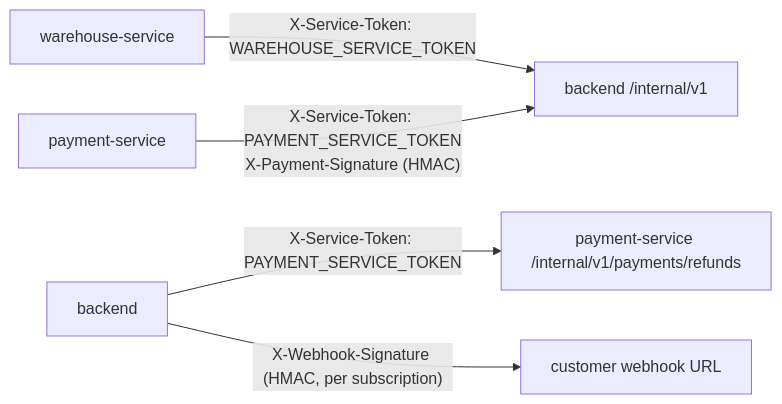
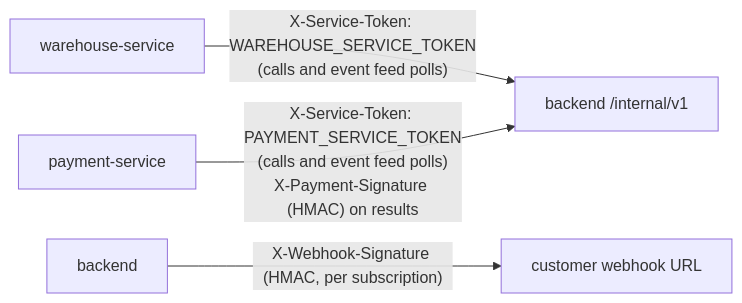
Before and after one commit to slawekradzyminski/awesome-localstack: the diagram in docs-site/docs/architecture/service-trust.md, drawn with Mermaid. The commit also changed other lines of this file and 30 other files, not shown here.

First line of the commit message:
Event feed release: backend 3.16.0, warehouse-service 1.3.0, payment-service 1.1.0, architecture decisions (#83)

````diff
--- a/docs-site/docs/architecture/service-trust.md
+++ b/docs-site/docs/architecture/service-trust.md
@@ -7,7 +7,6 @@
 ```mermaid
 flowchart LR
-    W[warehouse-service] -- "X-Service-Token: WAREHOUSE_SERVICE_TOKEN" --> I["backend /internal/v1"]
-    P[payment-service] -- "X-Service-Token: PAYMENT_SERVICE_TOKEN<br/>X-Payment-Signature (HMAC)" --> I
-    B[backend] -- "X-Service-Token: PAYMENT_SERVICE_TOKEN" --> PR["payment-service /internal/v1/payments/refunds"]
-    B -- "X-Webhook-Signature (HMAC, per subscription)" --> U[customer webhook URL]
+    W[warehouse-service] -- "X-Service-Token: WAREHOUSE_SERVICE_TOKEN<br/>(calls and event feed polls)" --> I["backend /internal/v1"]
+    P[payment-service] -- "X-Service-Token: PAYMENT_SERVICE_TOKEN<br/>(calls and event feed polls)<br/>X-Payment-Signature (HMAC) on results" --> I
+    B[backend] -- "X-Webhook-Signature (HMAC, per subscription)" --> U[customer webhook URL]
 ```
````
